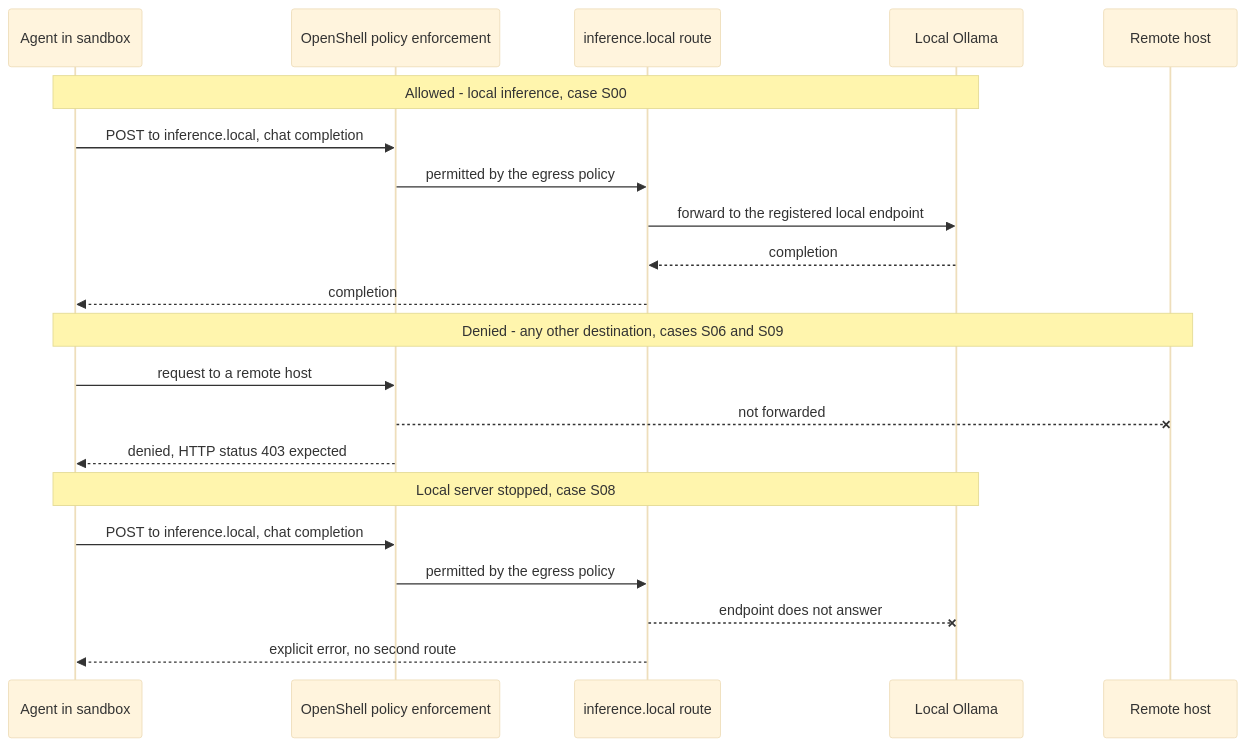
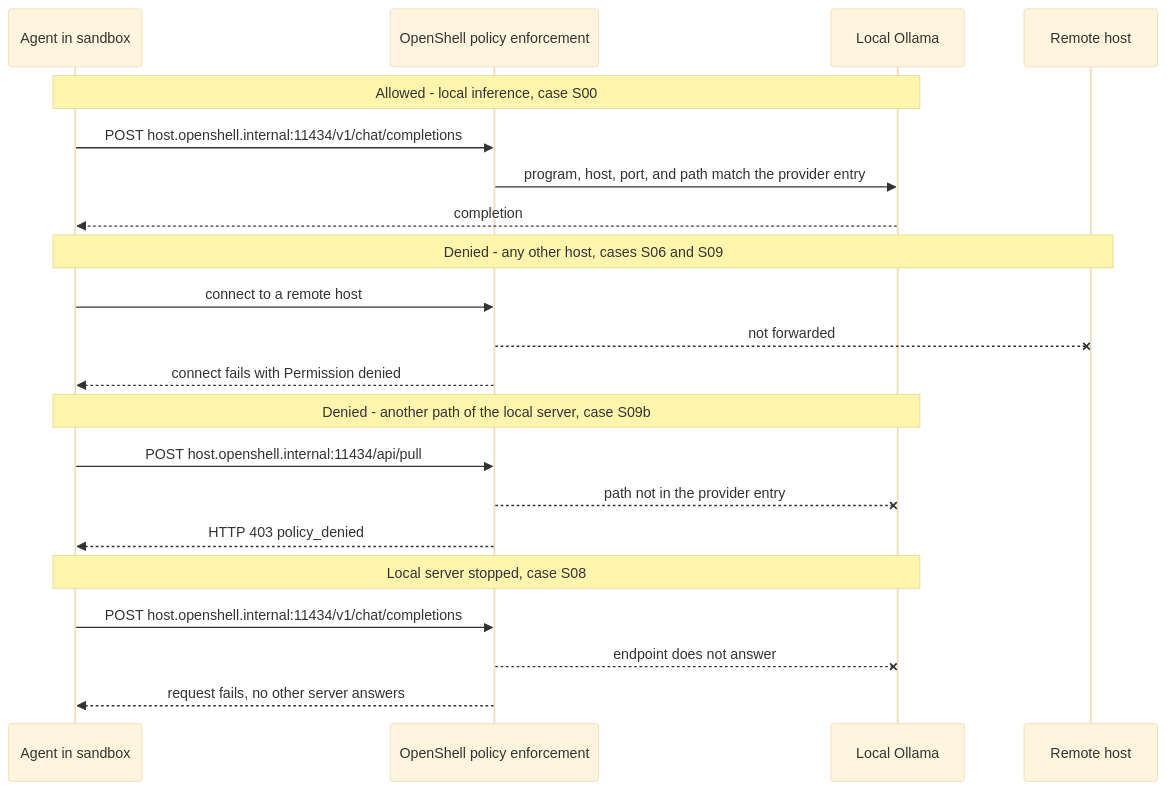
The third of 4 diagrams in examples/recipes/community/local-only-workspace-assistant/README.md (NVIDIA/nemoclaw-community), drawn with Mermaid (base theme) before and after one commit. The commit also changed other lines of this file and 30 other files, not shown here.

First line of the commit message:
fix(local-only-workspace-assistant): port setup to OpenShell 0.1 and run it live

````diff
--- a/examples/recipes/community/local-only-workspace-assistant/README.md
+++ b/examples/recipes/community/local-only-workspace-assistant/README.md
@@ -223,26 +239,27 @@
 ```mermaid
 sequenceDiagram
     participant Ag as Agent in sandbox
     participant Pe as OpenShell policy enforcement
-    participant Rt as inference.local route
     participant Ol as Local Ollama
     participant Rm as Remote host
 
     Note over Ag,Ol: Allowed - local inference, case S00
-    Ag->>Pe: POST to inference.local, chat completion
-    Pe->>Rt: permitted by the egress policy
-    Rt->>Ol: forward to the registered local endpoint
-    Ol-->>Rt: completion
-    Rt-->>Ag: completion
+    Ag->>Pe: POST host.openshell.internal:11434/v1/chat/completions
+    Pe->>Ol: program, host, port, and path match the provider entry
+    Ol-->>Ag: completion
 
-    Note over Ag,Rm: Denied - any other destination, cases S06 and S09
-    Ag->>Pe: request to a remote host
+    Note over Ag,Rm: Denied - any other host, cases S06 and S09
+    Ag->>Pe: connect to a remote host
     Pe--xRm: not forwarded
-    Pe-->>Ag: denied, HTTP status 403 expected
+    Pe-->>Ag: connect fails with Permission denied
+
+    Note over Ag,Ol: Denied - another path of the local server, case S09b
+    Ag->>Pe: POST host.openshell.internal:11434/api/pull
+    Pe--xOl: path not in the provider entry
+    Pe-->>Ag: HTTP 403 policy_denied
 
     Note over Ag,Ol: Local server stopped, case S08
-    Ag->>Pe: POST to inference.local, chat completion
-    Pe->>Rt: permitted by the egress policy
-    Rt--xOl: endpoint does not answer
-    Rt-->>Ag: explicit error, no second route
+    Ag->>Pe: POST host.openshell.internal:11434/v1/chat/completions
+    Pe--xOl: endpoint does not answer
+    Pe-->>Ag: request fails, no other server answers
 ```
````
